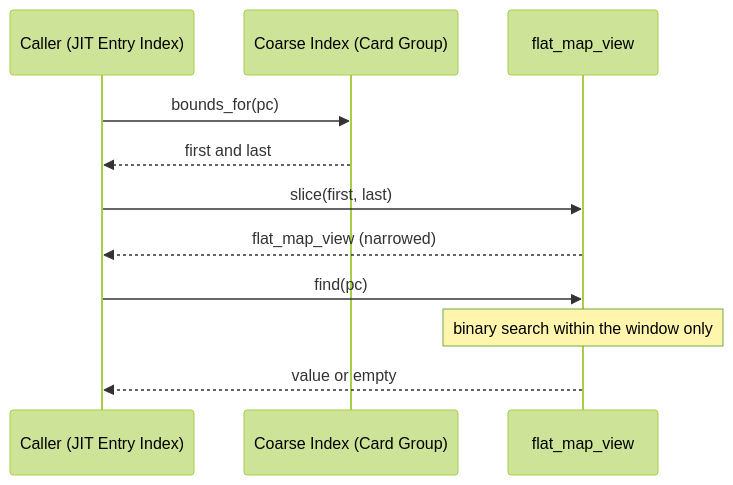
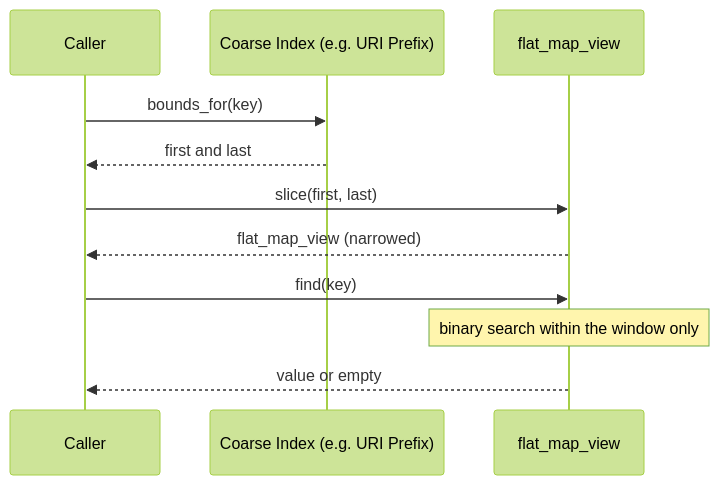
The second of 2 diagrams in docs/components/tier1_core/system_containers.md (kmt-t/fireball), drawn with Mermaid (forest theme) before and after one commit. The commit also changed other lines of this file and 7 other files, not shown here.

Commit message:
docs: eliminate redundant Card Group Index relying on O(1) bit_view card marking table

````diff
--- a/docs/components/tier1_core/system_containers.md
+++ b/docs/components/tier1_core/system_containers.md
@@ -311,14 +310,14 @@
 ```mermaid
 sequenceDiagram
-    participant C as Caller (JIT Entry Index)
-    participant I as Coarse Index (Card Group)
+    participant C as Caller
+    participant I as Coarse Index (e.g. URI Prefix)
     participant V as flat_map_view
 
-    C->>I: bounds_for(pc)
+    C->>I: bounds_for(key)
     I-->>C: first and last
     C->>V: slice(first, last)
     V-->>C: flat_map_view (narrowed)
-    C->>V: find(pc)
+    C->>V: find(key)
     Note over V: binary search within the window only
     V-->>C: value or empty
 ```
````
